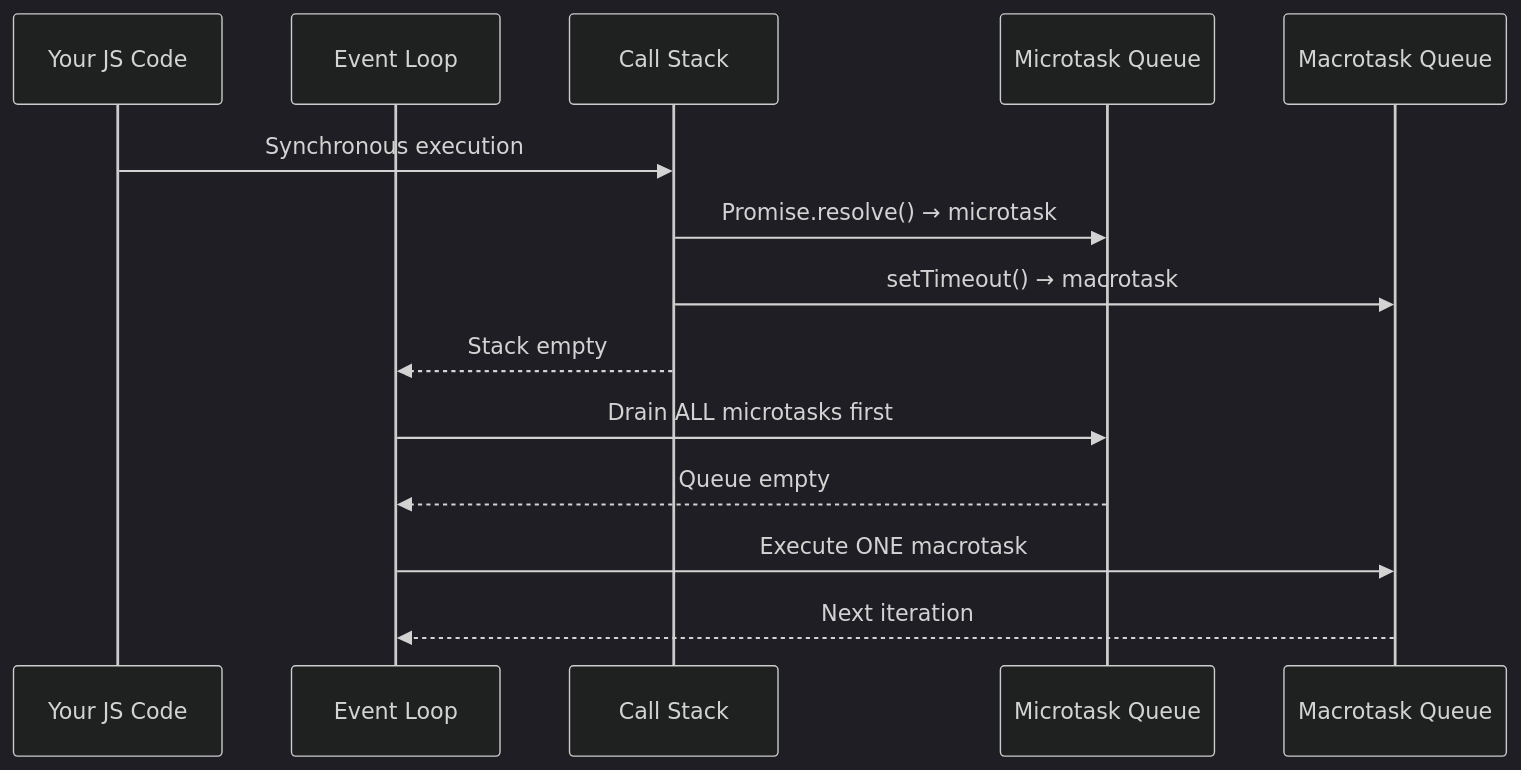
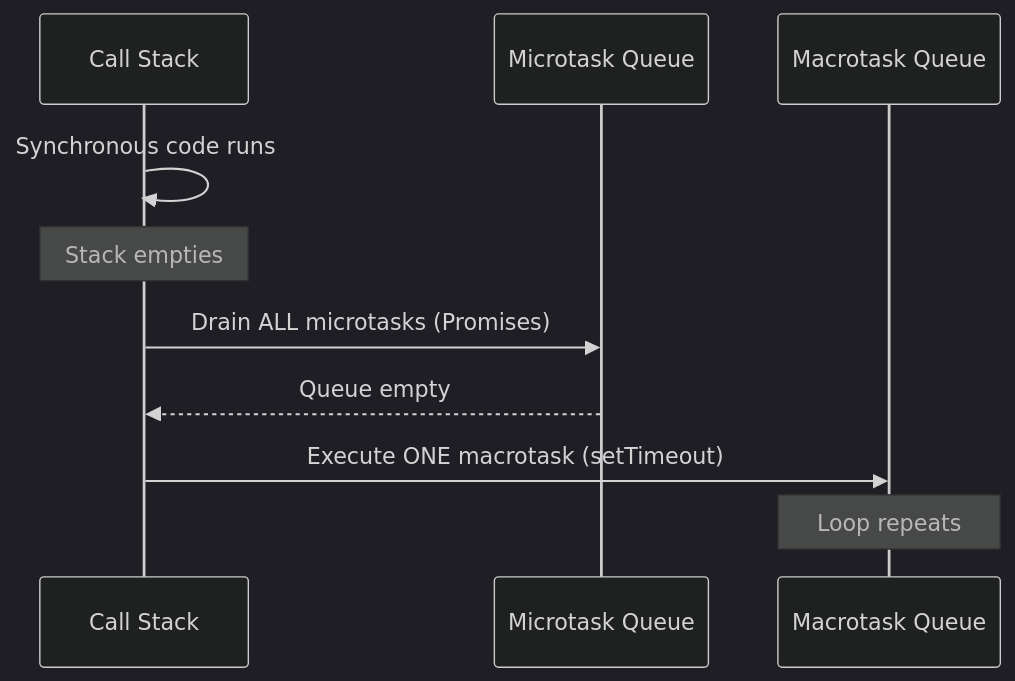
Before and after one commit to aamitchaudharii/frontend-handbook: the first of 3 diagrams in README.md, drawn with Mermaid (dark theme). The commit also changed other lines of this file, not shown here.

````diff
--- a/README.md
+++ b/README.md
@@ -310,17 +259,13 @@
 ```mermaid
 sequenceDiagram
-    participant JS as Your JS Code
-    participant EP as Event Loop
     participant CS as Call Stack
     participant MQ as Microtask Queue
     participant MaQ as Macrotask Queue
 
-    JS->>CS: Synchronous execution
-    CS->>MQ: Promise.resolve() → microtask
-    CS->>MaQ: setTimeout() → macrotask
-    CS-->>EP: Stack empty
-    EP->>MQ: Drain ALL microtasks first
-    MQ-->>EP: Queue empty
-    EP->>MaQ: Execute ONE macrotask
-    MaQ-->>EP: Next iteration
+    CS->>CS: Synchronous code runs
+    Note over CS: Stack empties
+    CS->>MQ: Drain ALL microtasks (Promises)
+    MQ-->>CS: Queue empty
+    CS->>MaQ: Execute ONE macrotask (setTimeout)
+    Note over MaQ: Loop repeats
 ```
````
